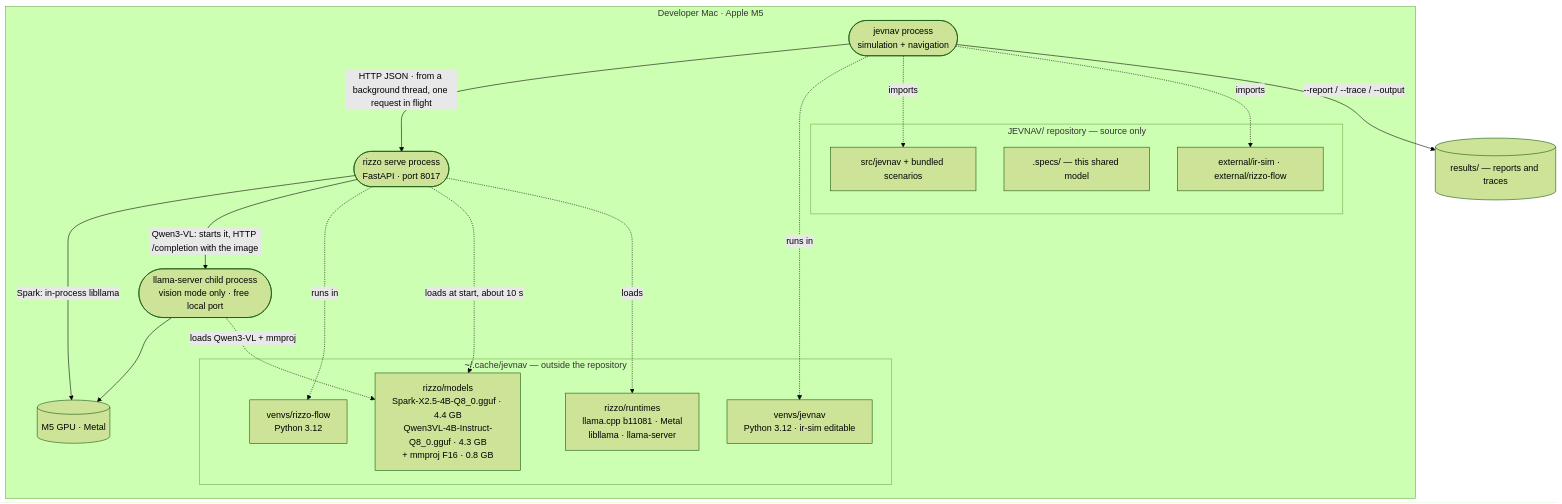
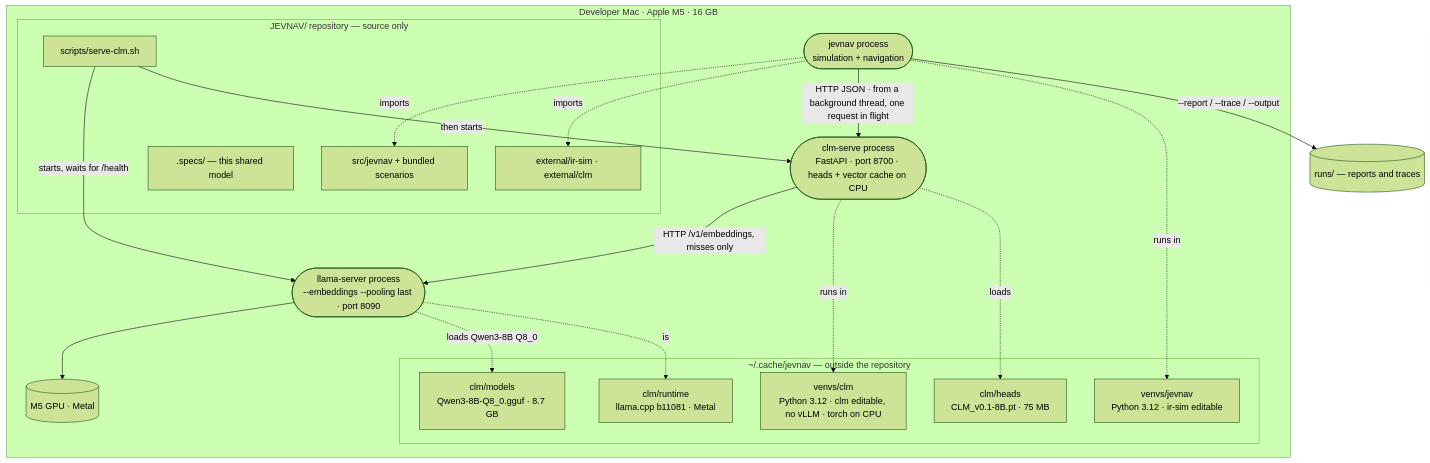
The second of 4 diagrams in .specs/architecture.md (RoboticsNetworkTrieste/JevNav), drawn with Mermaid (forest theme) before and after one commit. The commit also changed other lines of this file and 20 other files, not shown here.

````diff
--- a/.specs/architecture.md
+++ b/.specs/architecture.md
@@ -33,34 +38,37 @@
 ```mermaid
 flowchart TB
-    subgraph mac["Developer Mac · Apple M5"]
+    subgraph mac["Developer Mac · Apple M5 · 16 GB"]
         subgraph repo["JEVNAV/ repository — source only"]
             src["src/jevnav + bundled scenarios"]
+            script["scripts/serve-clm.sh"]
             specs[".specs/ — this shared model"]
-            ext["external/ir-sim · external/rizzo-flow"]
+            ext["external/ir-sim · external/clm"]
         end
         subgraph cache["~/.cache/jevnav — outside the repository"]
             venv1["venvs/jevnav<br/>Python 3.12 · ir-sim editable"]
-            venv2["venvs/rizzo-flow<br/>Python 3.12"]
-            weights["rizzo/models<br/>Spark-X2.5-4B-Q8_0.gguf · 4.4 GB<br/>Qwen3VL-4B-Instruct-Q8_0.gguf · 4.3 GB<br/>+ mmproj F16 · 0.8 GB"]
-            runtime["rizzo/runtimes<br/>llama.cpp b11081 · Metal<br/>libllama · llama-server"]
+            venv2["venvs/clm<br/>Python 3.12 · clm editable, no vLLM · torch on CPU"]
+            weights["clm/models<br/>Qwen3-8B-Q8_0.gguf · 8.7 GB"]
+            head["clm/heads<br/>CLM_v0.1-8B.pt · 75 MB"]
+            runtime["clm/runtime<br/>llama.cpp b11081 · Metal"]
         end
         p1(["jevnav process<br/>simulation + navigation"])
-        p2(["rizzo serve process<br/>FastAPI · port 8017"])
-        p3(["llama-server child process<br/>vision mode only · free local port"])
+        p2(["clm-serve process<br/>FastAPI · port 8700 · heads + vector cache on CPU"])
+        p3(["llama-server process<br/>--embeddings --pooling last · port 8090"])
         gpu[("M5 GPU · Metal")]
     end
-    results[("results/ — reports and traces")]
+    results[("runs/ — reports and traces")]
 
+    script -->|"starts, waits for /health"| p3
+    script -->|"then starts"| p2
     p1 -->|"HTTP JSON · from a background thread, one request in flight"| p2
-    p2 -->|"Spark: in-process libllama"| gpu
-    p2 -->|"Qwen3-VL: starts it, HTTP /completion with the image"| p3
+    p2 -->|"HTTP /v1/embeddings, misses only"| p3
     p3 --> gpu
     p1 -.->|"runs in"| venv1
     p2 -.->|"runs in"| venv2
-    p2 -.->|"loads at start, about 10 s"| weights
-    p2 -.->|"loads"| runtime
-    p3 -.->|"loads Qwen3-VL + mmproj"| weights
+    p2 -.->|"loads"| head
+    p3 -.->|"loads Qwen3-8B Q8_0"| weights
+    p3 -.->|"is"| runtime
     p1 -.->|"imports"| src
     p1 -.->|"imports"| ext
     p1 -->|"--report / --trace / --output"| results
 ```
````
